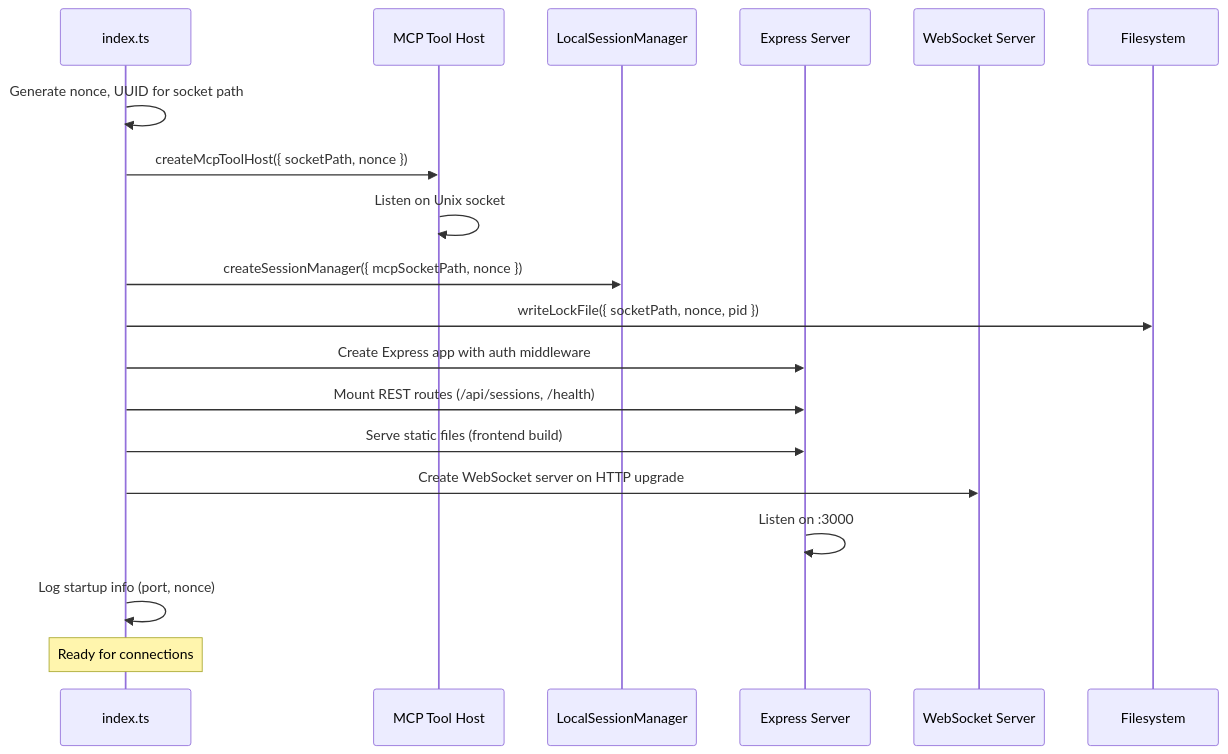
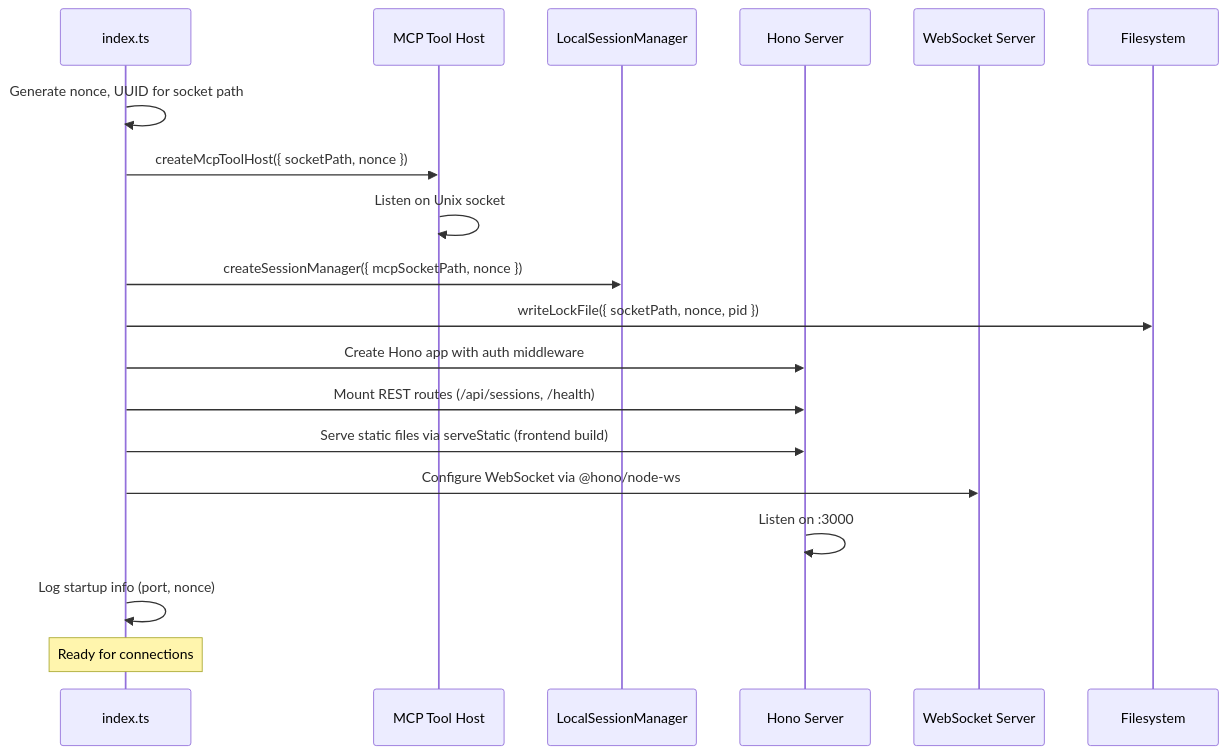
The fifth of 5 diagrams in .local/docs/copilot-cli-session/06-webapp-extraction-guide.md (ming86/vscode), drawn with Mermaid before and after one commit. The commit also changed other lines of this file and 2 other files, not shown here.

````diff
--- a/.local/docs/copilot-cli-session/06-webapp-extraction-guide.md
+++ b/.local/docs/copilot-cli-session/06-webapp-extraction-guide.md
@@ -2268,25 +2272,25 @@
 ```mermaid
 sequenceDiagram
     participant Main as index.ts
     participant MCP as MCP Tool Host
     participant SDK as LocalSessionManager
-    participant HTTP as Express Server
+    participant HTTP as Hono Server
     participant WS as WebSocket Server
     participant FS as Filesystem
 
     Main->>Main: Generate nonce, UUID for socket path
     Main->>MCP: createMcpToolHost({ socketPath, nonce })
     MCP->>MCP: Listen on Unix socket
 
     Main->>SDK: createSessionManager({ mcpSocketPath, nonce })
     Main->>FS: writeLockFile({ socketPath, nonce, pid })
-    Main->>HTTP: Create Express app with auth middleware
+    Main->>HTTP: Create Hono app with auth middleware
     Main->>HTTP: Mount REST routes (/api/sessions, /health)
-    Main->>HTTP: Serve static files (frontend build)
-    Main->>WS: Create WebSocket server on HTTP upgrade
+    Main->>HTTP: Serve static files via serveStatic (frontend build)
+    Main->>WS: Configure WebSocket via @hono/node-ws
 
     HTTP->>HTTP: Listen on :3000
     Main->>Main: Log startup info (port, nonce)
 
     Note over Main: Ready for connections
 ```
````
